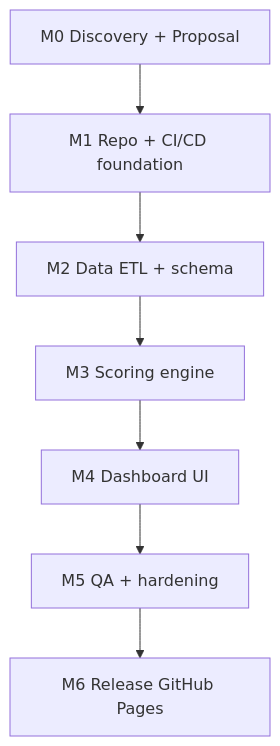
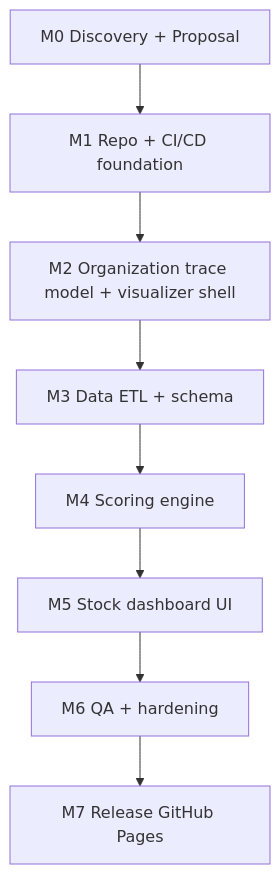
Diagram 16 of 16 in docs/superpowers/specs/2026-06-07-vn-stock-insight-design.md (anhtnt90dev/vn-stock-insight), drawn with Mermaid before and after one commit. The commit also changed other lines of this file, not shown here.

Commit message:
docs: add organization visualizer requirements

````diff
--- a/docs/superpowers/specs/2026-06-07-vn-stock-insight-design.md
+++ b/docs/superpowers/specs/2026-06-07-vn-stock-insight-design.md
@@ -483,9 +598,10 @@
 ```mermaid
 flowchart TD
   M0["M0 Discovery + Proposal"] --> M1["M1 Repo + CI/CD foundation"]
-  M1 --> M2["M2 Data ETL + schema"]
-  M2 --> M3["M3 Scoring engine"]
-  M3 --> M4["M4 Dashboard UI"]
-  M4 --> M5["M5 QA + hardening"]
-  M5 --> M6["M6 Release GitHub Pages"]
+  M1 --> M2["M2 Organization trace model + visualizer shell"]
+  M2 --> M3["M3 Data ETL + schema"]
+  M3 --> M4["M4 Scoring engine"]
+  M4 --> M5["M5 Stock dashboard UI"]
+  M5 --> M6["M6 QA + hardening"]
+  M6 --> M7["M7 Release GitHub Pages"]
 ```
````
